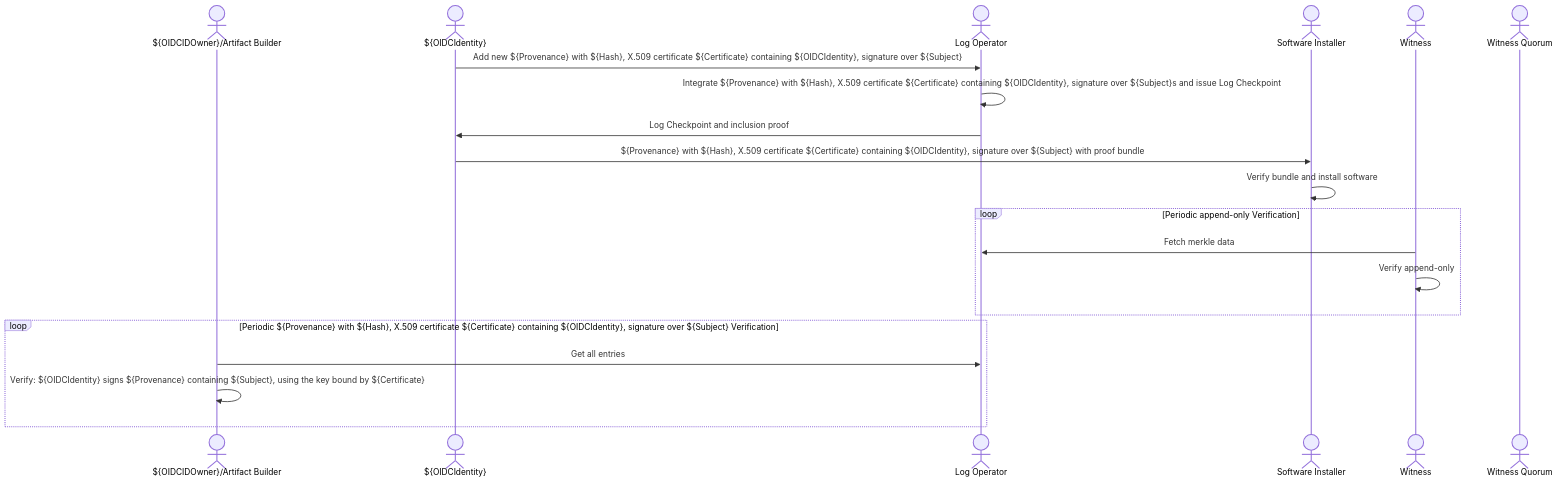
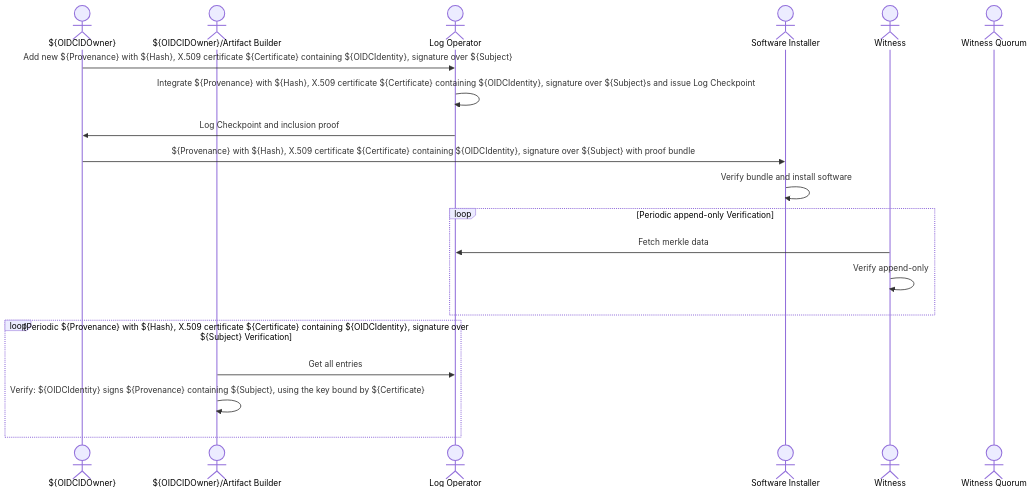
Before and after one commit to sigstore/community: the diagram in docs/claimantmodel/rekor/provenance/logsequence.md, drawn with Mermaid. The commit also changed 15 other files, not shown here.

````diff
--- a/docs/claimantmodel/rekor/provenance/logsequence.md
+++ b/docs/claimantmodel/rekor/provenance/logsequence.md
@@ -4,22 +4,22 @@
 ```mermaid
 sequenceDiagram
+    actor ${OIDCIDOwner}
     actor ${OIDCIDOwner}/Artifact Builder
-    actor ${OIDCIdentity}
     actor Log Operator
     actor Software Installer
     actor Witness
     actor Witness Quorum
-    ${OIDCIdentity}->>Log Operator: Add new ${Provenance} with ${Hash}, X.509 certificate ${Certificate} containing ${OIDCIdentity}, signature over ${Subject}
+    ${OIDCIDOwner}->>Log Operator: Add new ${Provenance} with ${Hash}, X.509 certificate ${Certificate} containing ${OIDCIdentity}, signature over ${Subject}
     Log Operator->>Log Operator: Integrate ${Provenance} with ${Hash}, X.509 certificate ${Certificate} containing ${OIDCIdentity}, signature over ${Subject}s and issue Log Checkpoint
-    Log Operator->>${OIDCIdentity}: Log Checkpoint and inclusion proof
-    ${OIDCIdentity}->>Software Installer: ${Provenance} with ${Hash}, X.509 certificate ${Certificate} containing ${OIDCIdentity}, signature over ${Subject} with proof bundle
+    Log Operator->>${OIDCIDOwner}: Log Checkpoint and inclusion proof
+    ${OIDCIDOwner}->>Software Installer: ${Provenance} with ${Hash}, X.509 certificate ${Certificate} containing ${OIDCIdentity}, signature over ${Subject} with proof bundle
     Software Installer->>Software Installer: Verify bundle and install software
     loop Periodic append-only Verification
         Witness->>Log Operator: Fetch merkle data
         Witness->>Witness: Verify append-only
     end
     loop Periodic ${Provenance} with ${Hash}, X.509 certificate ${Certificate} containing ${OIDCIdentity}, signature over ${Subject} Verification
         ${OIDCIDOwner}/Artifact Builder->>Log Operator: Get all entries
         ${OIDCIDOwner}/Artifact Builder->>${OIDCIDOwner}/Artifact Builder: Verify: ${OIDCIdentity} signs ${Provenance} containing ${Subject}, using the key bound by ${Certificate}
     end
 ```
````
